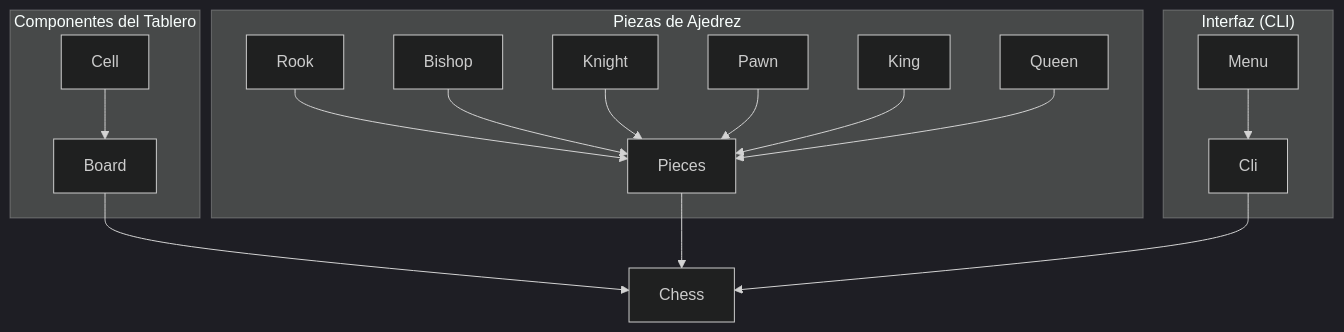
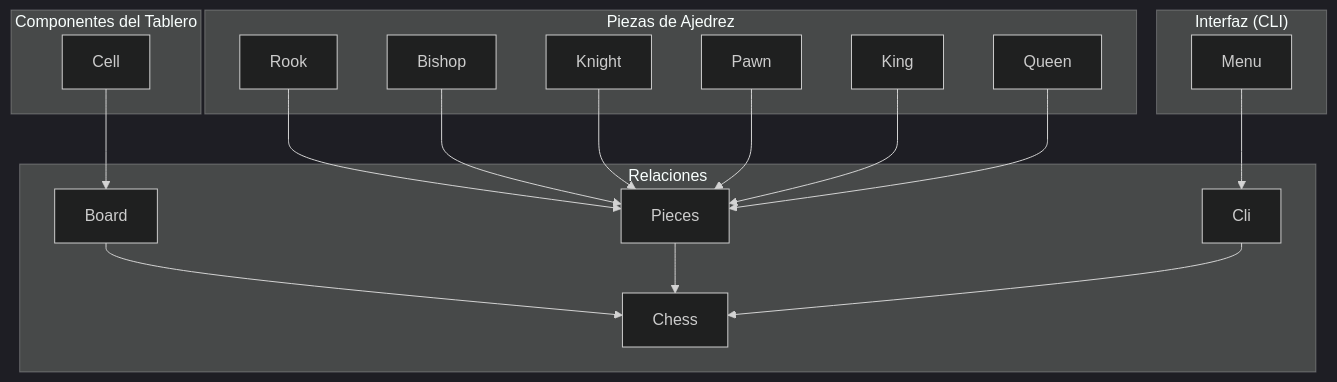
The diagram in README.md (um-computacion-tm/ajedrez-2024-AugustoGiuffrida), drawn with Mermaid (dark theme) before and after one commit.

````diff
--- a/README.md
+++ b/README.md
@@ -67,26 +67,26 @@
 ```mermaid
 graph TD;
 
-    
+    subgraph "Relaciones"
         Board --> Chess 
         Pieces --> Chess
         Cli --> Chess
-
+    end
 
     subgraph "Interfaz (CLI)"
         Menu --> Cli
     end
 
     subgraph "Componentes del Tablero"
         Cell --> Board
     end
 
     subgraph "Piezas de Ajedrez"
         Rook   --> Pieces
         Bishop --> Pieces  
         Knight --> Pieces
         Pawn --> Pieces
         King --> Pieces
         Queen --> Pieces
     end
 ```
````
